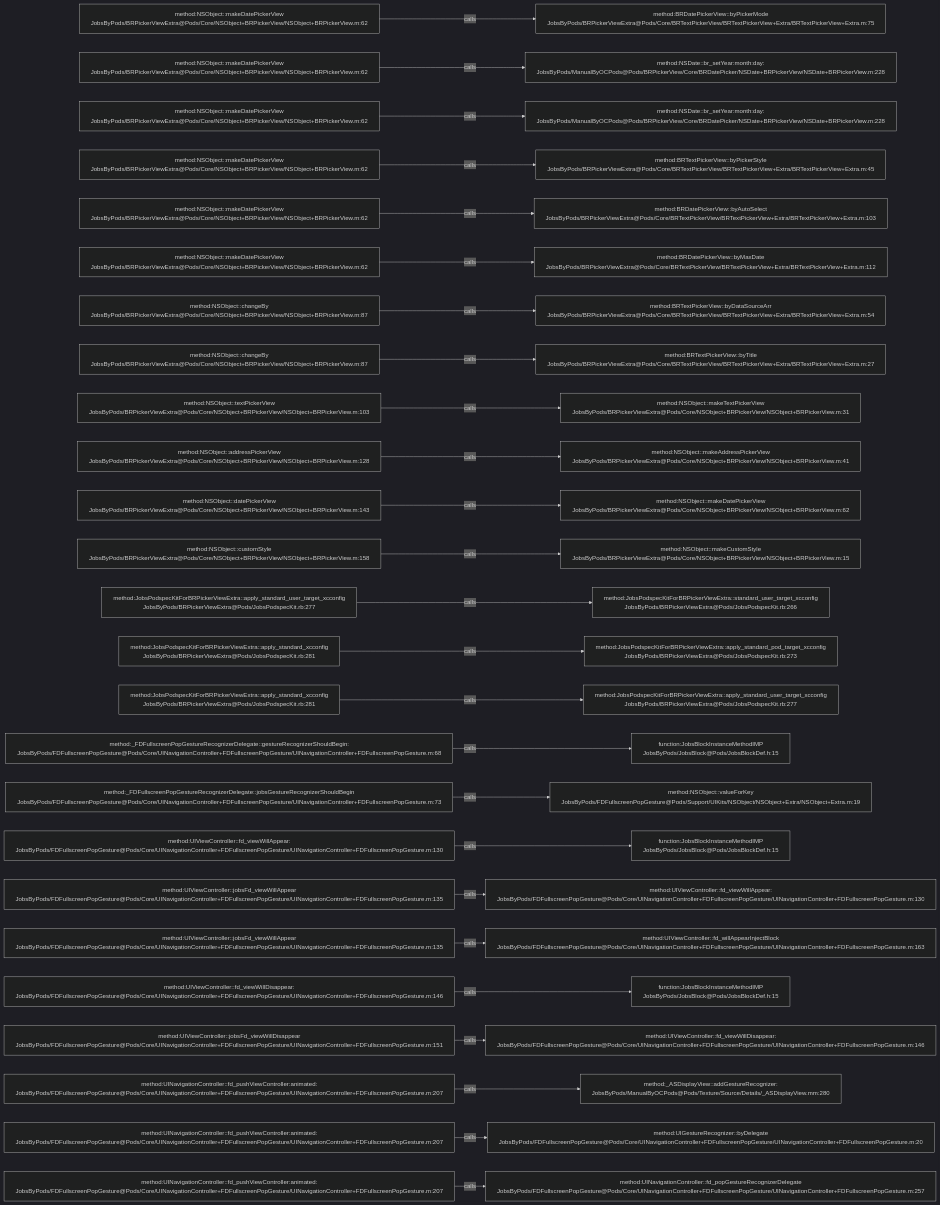
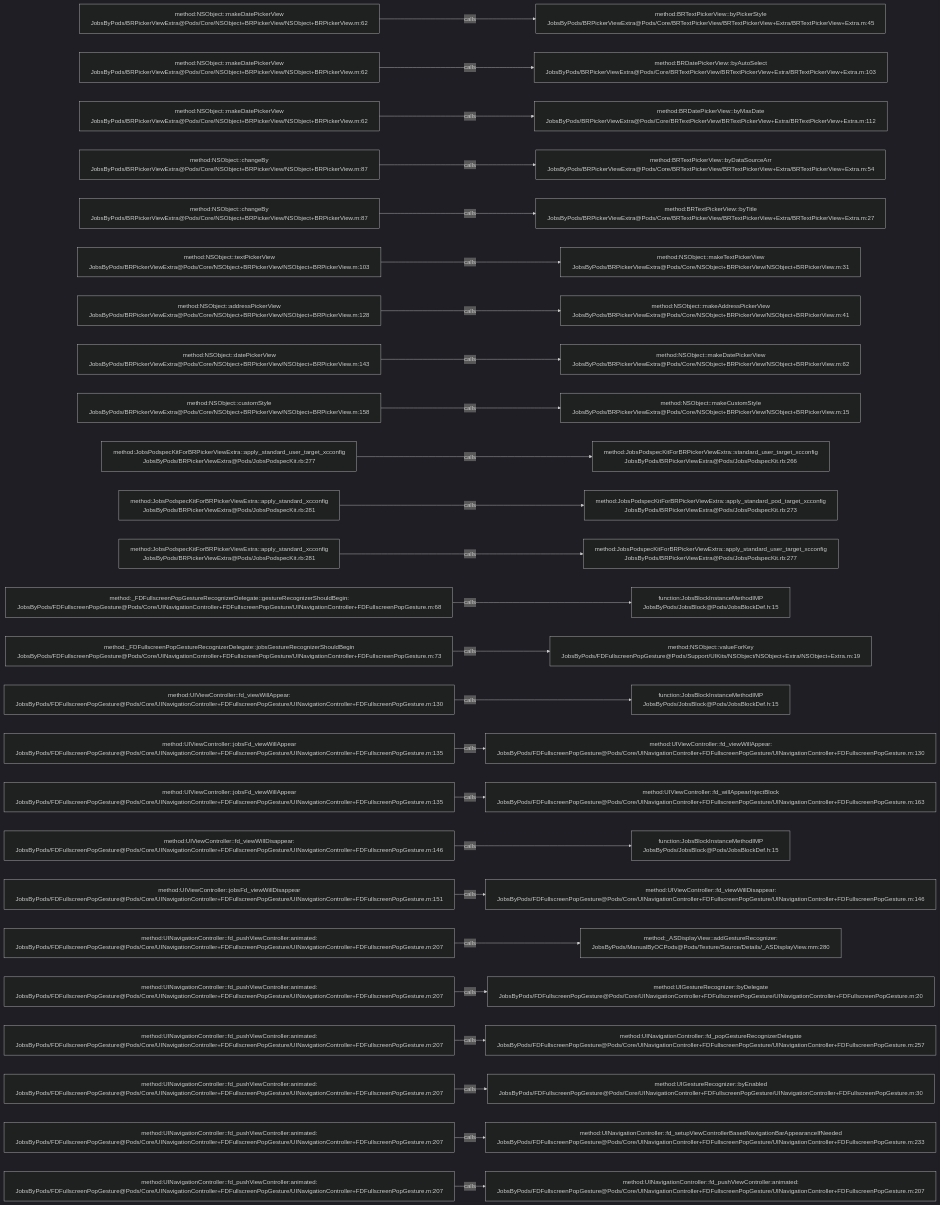
The diagram in .codegraph/codegraph.md/graphs/calls-003.md (JobsKits/JobsOCBaseConfigDemo), drawn with Mermaid (dark theme) before and after one commit. The commit also changed 223 other files, not shown here.

````diff
--- a/.codegraph/codegraph.md/graphs/calls-003.md
+++ b/.codegraph/codegraph.md/graphs/calls-003.md
@@ -13,78 +13,78 @@
 ```mermaid
 flowchart LR
   S1["method:NSObject::makeDatePickerView<br/>JobsByPods/BRPickerViewExtra@Pods/Core/NSObject+BRPickerView/NSObject+BRPickerView.m:62"]
-  T1["method:BRDatePickerView::byPickerMode<br/>JobsByPods/BRPickerViewExtra@Pods/Core/BRTextPickerView/BRTextPickerView+Extra/BRTextPickerView+Extra.m:75"]
+  T1["method:BRTextPickerView::byPickerStyle<br/>JobsByPods/BRPickerViewExtra@Pods/Core/BRTextPickerView/BRTextPickerView+Extra/BRTextPickerView+Extra.m:45"]
   S1 -->|calls| T1
   S2["method:NSObject::makeDatePickerView<br/>JobsByPods/BRPickerViewExtra@Pods/Core/NSObject+BRPickerView/NSObject+BRPickerView.m:62"]
-  T2["method:NSDate::br_setYear:month:day:<br/>JobsByPods/ManualByOCPods@Pods/BRPickerView/Core/BRDatePicker/NSDate+BRPickerView/NSDate+BRPickerView.m:228"]
+  T2["method:BRDatePickerView::byAutoSelect<br/>JobsByPods/BRPickerViewExtra@Pods/Core/BRTextPickerView/BRTextPickerView+Extra/BRTextPickerView+Extra.m:103"]
   S2 -->|calls| T2
   S3["method:NSObject::makeDatePickerView<br/>JobsByPods/BRPickerViewExtra@Pods/Core/NSObject+BRPickerView/NSObject+BRPickerView.m:62"]
-  T3["method:NSDate::br_setYear:month:day:<br/>JobsByPods/ManualByOCPods@Pods/BRPickerView/Core/BRDatePicker/NSDate+BRPickerView/NSDate+BRPickerView.m:228"]
+  T3["method:BRDatePickerView::byMaxDate<br/>JobsByPods/BRPickerViewExtra@Pods/Core/BRTextPickerView/BRTextPickerView+Extra/BRTextPickerView+Extra.m:112"]
   S3 -->|calls| T3
-  S4["method:NSObject::makeDatePickerView<br/>JobsByPods/BRPickerViewExtra@Pods/Core/NSObject+BRPickerView/NSObject+BRPickerView.m:62"]
-  T4["method:BRTextPickerView::byPickerStyle<br/>JobsByPods/BRPickerViewExtra@Pods/Core/BRTextPickerView/BRTextPickerView+Extra/BRTextPickerView+Extra.m:45"]
+  S4["method:NSObject::changeBy<br/>JobsByPods/BRPickerViewExtra@Pods/Core/NSObject+BRPickerView/NSObject+BRPickerView.m:87"]
+  T4["method:BRTextPickerView::byDataSourceArr<br/>JobsByPods/BRPickerViewExtra@Pods/Core/BRTextPickerView/BRTextPickerView+Extra/BRTextPickerView+Extra.m:54"]
   S4 -->|calls| T4
-  S5["method:NSObject::makeDatePickerView<br/>JobsByPods/BRPickerViewExtra@Pods/Core/NSObject+BRPickerView/NSObject+BRPickerView.m:62"]
-  T5["method:BRDatePickerView::byAutoSelect<br/>JobsByPods/BRPickerViewExtra@Pods/Core/BRTextPickerView/BRTextPickerView+Extra/BRTextPickerView+Extra.m:103"]
+  S5["method:NSObject::changeBy<br/>JobsByPods/BRPickerViewExtra@Pods/Core/NSObject+BRPickerView/NSObject+BRPickerView.m:87"]
+  T5["method:BRTextPickerView::byTitle<br/>JobsByPods/BRPickerViewExtra@Pods/Core/BRTextPickerView/BRTextPickerView+Extra/BRTextPickerView+Extra.m:27"]
   S5 -->|calls| T5
-  S6["method:NSObject::makeDatePickerView<br/>JobsByPods/BRPickerViewExtra@Pods/Core/NSObject+BRPickerView/NSObject+BRPickerView.m:62"]
-  T6["method:BRDatePickerView::byMaxDate<br/>JobsByPods/BRPickerViewExtra@Pods/Core/BRTextPickerView/BRTextPickerView+Extra/BRTextPickerView+Extra.m:112"]
+  S6["method:NSObject::textPickerView<br/>JobsByPods/BRPickerViewExtra@Pods/Core/NSObject+BRPickerView/NSObject+BRPickerView.m:103"]
+  T6["method:NSObject::makeTextPickerView<br/>JobsByPods/BRPickerViewExtra@Pods/Core/NSObject+BRPickerView/NSObject+BRPickerView.m:31"]
   S6 -->|calls| T6
-  S7["method:NSObject::changeBy<br/>JobsByPods/BRPickerViewExtra@Pods/Core/NSObject+BRPickerView/NSObject+BRPickerView.m:87"]
-  T7["method:BRTextPickerView::byDataSourceArr<br/>JobsByPods/BRPickerViewExtra@Pods/Core/BRTextPickerView/BRTextPickerView+Extra/BRTextPickerView+Extra.m:54"]
+  S7["method:NSObject::addressPickerView<br/>JobsByPods/BRPickerViewExtra@Pods/Core/NSObject+BRPickerView/NSObject+BRPickerView.m:128"]
+  T7["method:NSObject::makeAddressPickerView<br/>JobsByPods/BRPickerViewExtra@Pods/Core/NSObject+BRPickerView/NSObject+BRPickerView.m:41"]
   S7 -->|calls| T7
-  S8["method:NSObject::changeBy<br/>JobsByPods/BRPickerViewExtra@Pods/Core/NSObject+BRPickerView/NSObject+BRPickerView.m:87"]
-  T8["method:BRTextPickerView::byTitle<br/>JobsByPods/BRPickerViewExtra@Pods/Core/BRTextPickerView/BRTextPickerView+Extra/BRTextPickerView+Extra.m:27"]
+  S8["method:NSObject::datePickerView<br/>JobsByPods/BRPickerViewExtra@Pods/Core/NSObject+BRPickerView/NSObject+BRPickerView.m:143"]
+  T8["method:NSObject::makeDatePickerView<br/>JobsByPods/BRPickerViewExtra@Pods/Core/NSObject+BRPickerView/NSObject+BRPickerView.m:62"]
   S8 -->|calls| T8
-  S9["method:NSObject::textPickerView<br/>JobsByPods/BRPickerViewExtra@Pods/Core/NSObject+BRPickerView/NSObject+BRPickerView.m:103"]
-  T9["method:NSObject::makeTextPickerView<br/>JobsByPods/BRPickerViewExtra@Pods/Core/NSObject+BRPickerView/NSObject+BRPickerView.m:31"]
+  S9["method:NSObject::customStyle<br/>JobsByPods/BRPickerViewExtra@Pods/Core/NSObject+BRPickerView/NSObject+BRPickerView.m:158"]
+  T9["method:NSObject::makeCustomStyle<br/>JobsByPods/BRPickerViewExtra@Pods/Core/NSObject+BRPickerView/NSObject+BRPickerView.m:15"]
   S9 -->|calls| T9
-  S10["method:NSObject::addressPickerView<br/>JobsByPods/BRPickerViewExtra@Pods/Core/NSObject+BRPickerView/NSObject+BRPickerView.m:128"]
-  T10["method:NSObject::makeAddressPickerView<br/>JobsByPods/BRPickerViewExtra@Pods/Core/NSObject+BRPickerView/NSObject+BRPickerView.m:41"]
+  S10["method:JobsPodspecKitForBRPickerViewExtra::apply_standard_user_target_xcconfig<br/>JobsByPods/BRPickerViewExtra@Pods/JobsPodspecKit.rb:277"]
+  T10["method:JobsPodspecKitForBRPickerViewExtra::standard_user_target_xcconfig<br/>JobsByPods/BRPickerViewExtra@Pods/JobsPodspecKit.rb:266"]
   S10 -->|calls| T10
-  S11["method:NSObject::datePickerView<br/>JobsByPods/BRPickerViewExtra@Pods/Core/NSObject+BRPickerView/NSObject+BRPickerView.m:143"]
-  T11["method:NSObject::makeDatePickerView<br/>JobsByPods/BRPickerViewExtra@Pods/Core/NSObject+BRPickerView/NSObject+BRPickerView.m:62"]
+  S11["method:JobsPodspecKitForBRPickerViewExtra::apply_standard_xcconfig<br/>JobsByPods/BRPickerViewExtra@Pods/JobsPodspecKit.rb:281"]
+  T11["method:JobsPodspecKitForBRPickerViewExtra::apply_standard_pod_target_xcconfig<br/>JobsByPods/BRPickerViewExtra@Pods/JobsPodspecKit.rb:273"]
   S11 -->|calls| T11
-  S12["method:NSObject::customStyle<br/>JobsByPods/BRPickerViewExtra@Pods/Core/NSObject+BRPickerView/NSObject+BRPickerView.m:158"]
-  T12["method:NSObject::makeCustomStyle<br/>JobsByPods/BRPickerViewExtra@Pods/Core/NSObject+BRPickerView/NSObject+BRPickerView.m:15"]
+  S12["method:JobsPodspecKitForBRPickerViewExtra::apply_standard_xcconfig<br/>JobsByPods/BRPickerViewExtra@Pods/JobsPodspecKit.rb:281"]
+  T12["method:JobsPodspecKitForBRPickerViewExtra::apply_standard_user_target_xcconfig<br/>JobsByPods/BRPickerViewExtra@Pods/JobsPodspecKit.rb:277"]
   S12 -->|calls| T12
-  S13["method:JobsPodspecKitForBRPickerViewExtra::apply_standard_user_target_xcconfig<br/>JobsByPods/BRPickerViewExtra@Pods/JobsPodspecKit.rb:277"]
-  T13["method:JobsPodspecKitForBRPickerViewExtra::standard_user_target_xcconfig<br/>JobsByPods/BRPickerViewExtra@Pods/JobsPodspecKit.rb:266"]
+  S13["method:_FDFullscreenPopGestureRecognizerDelegate::gestureRecognizerShouldBegin:<br/>JobsByPods/FDFullscreenPopGesture@Pods/Core/UINavigationController+FDFullscreenPopGesture/UINavigationController+FDFullscreenPopGesture.m:68"]
+  T13["function:JobsBlockInstanceMethodIMP<br/>JobsByPods/JobsBlock@Pods/JobsBlockDef.h:15"]
   S13 -->|calls| T13
-  S14["method:JobsPodspecKitForBRPickerViewExtra::apply_standard_xcconfig<br/>JobsByPods/BRPickerViewExtra@Pods/JobsPodspecKit.rb:281"]
-  T14["method:JobsPodspecKitForBRPickerViewExtra::apply_standard_pod_target_xcconfig<br/>JobsByPods/BRPickerViewExtra@Pods/JobsPodspecKit.rb:273"]
+  S14["method:_FDFullscreenPopGestureRecognizerDelegate::jobsGestureRecognizerShouldBegin<br/>JobsByPods/FDFullscreenPopGesture@Pods/Core/UINavigationController+FDFullscreenPopGesture/UINavigationController+FDFullscreenPopGesture.m:73"]
+  T14["method:NSObject::valueForKey<br/>JobsByPods/FDFullscreenPopGesture@Pods/Support/UIKits/NSObject/NSObject+Extra/NSObject+Extra.m:19"]
   S14 -->|calls| T14
-  S15["method:JobsPodspecKitForBRPickerViewExtra::apply_standard_xcconfig<br/>JobsByPods/BRPickerViewExtra@Pods/JobsPodspecKit.rb:281"]
-  T15["method:JobsPodspecKitForBRPickerViewExtra::apply_standard_user_target_xcconfig<br/>JobsByPods/BRPickerViewExtra@Pods/JobsPodspecKit.rb:277"]
+  S15["method:UIViewController::fd_viewWillAppear:<br/>JobsByPods/FDFullscreenPopGesture@Pods/Core/UINavigationController+FDFullscreenPopGesture/UINavigationController+FDFullscreenPopGesture.m:130"]
+  T15["function:JobsBlockInstanceMethodIMP<br/>JobsByPods/JobsBlock@Pods/JobsBlockDef.h:15"]
   S15 -->|calls| T15
-  S16["method:_FDFullscreenPopGestureRecognizerDelegate::gestureRecognizerShouldBegin:<br/>JobsByPods/FDFullscreenPopGesture@Pods/Core/UINavigationController+FDFullscreenPopGesture/UINavigationController+FDFullscreenPopGesture.m:68"]
-  T16["function:JobsBlockInstanceMethodIMP<br/>JobsByPods/JobsBlock@Pods/JobsBlockDef.h:15"]
+  S16["method:UIViewController::jobsFd_viewWillAppear<br/>JobsByPods/FDFullscreenPopGesture@Pods/Core/UINavigationController+FDFullscreenPopGesture/UINavigationController+FDFullscreenPopGesture.m:135"]
+  T16["method:UIViewController::fd_viewWillAppear:<br/>JobsByPods/FDFullscreenPopGesture@Pods/Core/UINavigationController+FDFullscreenPopGesture/UINavigationController+FDFullscreenPopGesture.m:130"]
   S16 -->|calls| T16
-  S17["method:_FDFullscreenPopGestureRecognizerDelegate::jobsGestureRecognizerShouldBegin<br/>JobsByPods/FDFullscreenPopGesture@Pods/Core/UINavigationController+FDFullscreenPopGesture/UINavigationController+FDFullscreenPopGesture.m:73"]
-  T17["method:NSObject::valueForKey<br/>JobsByPods/FDFullscreenPopGesture@Pods/Support/UIKits/NSObject/NSObject+Extra/NSObject+Extra.m:19"]
+  S17["method:UIViewController::jobsFd_viewWillAppear<br/>JobsByPods/FDFullscreenPopGesture@Pods/Core/UINavigationController+FDFullscreenPopGesture/UINavigationController+FDFullscreenPopGesture.m:135"]
+  T17["method:UIViewController::fd_willAppearInjectBlock<br/>JobsByPods/FDFullscreenPopGesture@Pods/Core/UINavigationController+FDFullscreenPopGesture/UINavigationController+FDFullscreenPopGesture.m:163"]
   S17 -->|calls| T17
-  S18["method:UIViewController::fd_viewWillAppear:<br/>JobsByPods/FDFullscreenPopGesture@Pods/Core/UINavigationController+FDFullscreenPopGesture/UINavigationController+FDFullscreenPopGesture.m:130"]
+  S18["method:UIViewController::fd_viewWillDisappear:<br/>JobsByPods/FDFullscreenPopGesture@Pods/Core/UINavigationController+FDFullscreenPopGesture/UINavigationController+FDFullscreenPopGesture.m:146"]
   T18["function:JobsBlockInstanceMethodIMP<br/>JobsByPods/JobsBlock@Pods/JobsBlockDef.h:15"]
   S18 -->|calls| T18
-  S19["method:UIViewController::jobsFd_viewWillAppear<br/>JobsByPods/FDFullscreenPopGesture@Pods/Core/UINavigationController+FDFullscreenPopGesture/UINavigationController+FDFullscreenPopGesture.m:135"]
-  T19["method:UIViewController::fd_viewWillAppear:<br/>JobsByPods/FDFullscreenPopGesture@Pods/Core/UINavigationController+FDFullscreenPopGesture/UINavigationController+FDFullscreenPopGesture.m:130"]
+  S19["method:UIViewController::jobsFd_viewWillDisappear<br/>JobsByPods/FDFullscreenPopGesture@Pods/Core/UINavigationController+FDFullscreenPopGesture/UINavigationController+FDFullscreenPopGesture.m:151"]
+  T19["method:UIViewController::fd_viewWillDisappear:<br/>JobsByPods/FDFullscreenPopGesture@Pods/Core/UINavigationController+FDFullscreenPopGesture/UINavigationController+FDFullscreenPopGesture.m:146"]
   S19 -->|calls| T19
-  S20["method:UIViewController::jobsFd_viewWillAppear<br/>JobsByPods/FDFullscreenPopGesture@Pods/Core/UINavigationController+FDFullscreenPopGesture/UINavigationController+FDFullscreenPopGesture.m:135"]
-  T20["method:UIViewController::fd_willAppearInjectBlock<br/>JobsByPods/FDFullscreenPopGesture@Pods/Core/UINavigationController+FDFullscreenPopGesture/UINavigationController+FDFullscreenPopGesture.m:163"]
+  S20["method:UINavigationController::fd_pushViewController:animated:<br/>JobsByPods/FDFullscreenPopGesture@Pods/Core/UINavigationController+FDFullscreenPopGesture/UINavigationController+FDFullscreenPopGesture.m:207"]
+  T20["method:_ASDisplayView::addGestureRecognizer:<br/>JobsByPods/ManualByOCPods@Pods/Texture/Source/Details/_ASDisplayView.mm:280"]
   S20 -->|calls| T20
-  S21["method:UIViewController::fd_viewWillDisappear:<br/>JobsByPods/FDFullscreenPopGesture@Pods/Core/UINavigationController+FDFullscreenPopGesture/UINavigationController+FDFullscreenPopGesture.m:146"]
-  T21["function:JobsBlockInstanceMethodIMP<br/>JobsByPods/JobsBlock@Pods/JobsBlockDef.h:15"]
+  S21["method:UINavigationController::fd_pushViewController:animated:<br/>JobsByPods/FDFullscreenPopGesture@Pods/Core/UINavigationController+FDFullscreenPopGesture/UINavigationController+FDFullscreenPopGesture.m:207"]
+  T21["method:UIGestureRecognizer::byDelegate<br/>JobsByPods/FDFullscreenPopGesture@Pods/Core/UINavigationController+FDFullscreenPopGesture/UINavigationController+FDFullscreenPopGesture.m:20"]
   S21 -->|calls| T21
-  S22["method:UIViewController::jobsFd_viewWillDisappear<br/>JobsByPods/FDFullscreenPopGesture@Pods/Core/UINavigationController+FDFullscreenPopGesture/UINavigationController+FDFullscreenPopGesture.m:151"]
-  T22["method:UIViewController::fd_viewWillDisappear:<br/>JobsByPods/FDFullscreenPopGesture@Pods/Core/UINavigationController+FDFullscreenPopGesture/UINavigationController+FDFullscreenPopGesture.m:146"]
+  S22["method:UINavigationController::fd_pushViewController:animated:<br/>JobsByPods/FDFullscreenPopGesture@Pods/Core/UINavigationController+FDFullscreenPopGesture/UINavigationController+FDFullscreenPopGesture.m:207"]
+  T22["method:UINavigationController::fd_popGestureRecognizerDelegate<br/>JobsByPods/FDFullscreenPopGesture@Pods/Core/UINavigationController+FDFullscreenPopGesture/UINavigationController+FDFullscreenPopGesture.m:257"]
   S22 -->|calls| T22
   S23["method:UINavigationController::fd_pushViewController:animated:<br/>JobsByPods/FDFullscreenPopGesture@Pods/Core/UINavigationController+FDFullscreenPopGesture/UINavigationController+FDFullscreenPopGesture.m:207"]
-  T23["method:_ASDisplayView::addGestureRecognizer:<br/>JobsByPods/ManualByOCPods@Pods/Texture/Source/Details/_ASDisplayView.mm:280"]
+  T23["method:UIGestureRecognizer::byEnabled<br/>JobsByPods/FDFullscreenPopGesture@Pods/Core/UINavigationController+FDFullscreenPopGesture/UINavigationController+FDFullscreenPopGesture.m:30"]
   S23 -->|calls| T23
   S24["method:UINavigationController::fd_pushViewController:animated:<br/>JobsByPods/FDFullscreenPopGesture@Pods/Core/UINavigationController+FDFullscreenPopGesture/UINavigationController+FDFullscreenPopGesture.m:207"]
-  T24["method:UIGestureRecognizer::byDelegate<br/>JobsByPods/FDFullscreenPopGesture@Pods/Core/UINavigationController+FDFullscreenPopGesture/UINavigationController+FDFullscreenPopGesture.m:20"]
+  T24["method:UINavigationController::fd_setupViewControllerBasedNavigationBarAppearanceIfNeeded<br/>JobsByPods/FDFullscreenPopGesture@Pods/Core/UINavigationController+FDFullscreenPopGesture/UINavigationController+FDFullscreenPopGesture.m:233"]
   S24 -->|calls| T24
   S25["method:UINavigationController::fd_pushViewController:animated:<br/>JobsByPods/FDFullscreenPopGesture@Pods/Core/UINavigationController+FDFullscreenPopGesture/UINavigationController+FDFullscreenPopGesture.m:207"]
-  T25["method:UINavigationController::fd_popGestureRecognizerDelegate<br/>JobsByPods/FDFullscreenPopGesture@Pods/Core/UINavigationController+FDFullscreenPopGesture/UINavigationController+FDFullscreenPopGesture.m:257"]
+  T25["method:UINavigationController::fd_pushViewController:animated:<br/>JobsByPods/FDFullscreenPopGesture@Pods/Core/UINavigationController+FDFullscreenPopGesture/UINavigationController+FDFullscreenPopGesture.m:207"]
   S25 -->|calls| T25
 ```
````
